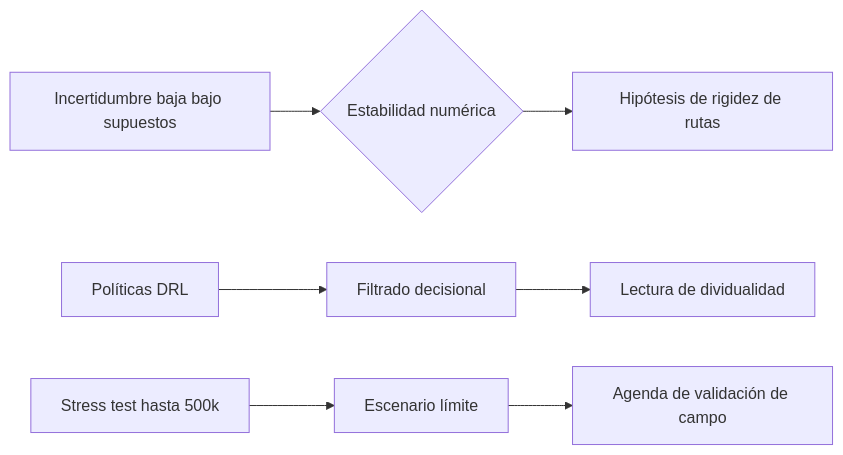
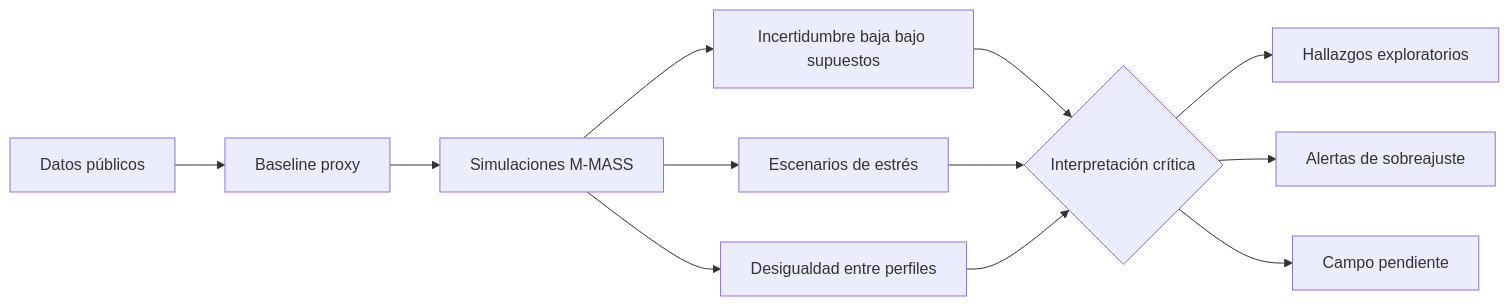
Before and after one commit to stevenvo780/FenomenologiaUrbana: the diagram in tesis/03-resultados-y-analisis-de-turbulencia.md, drawn with Mermaid. The commit also changed other lines of this file and 7 other files, not shown here.

````diff
--- a/tesis/03-resultados-y-analisis-de-turbulencia.md
+++ b/tesis/03-resultados-y-analisis-de-turbulencia.md
@@ -29,9 +127,14 @@
 ```mermaid
 graph LR
-    A[Incertidumbre baja bajo supuestos] --> B{Estabilidad numérica}
-    B --> C[Hipótesis de rigidez de rutas]
-    D[Políticas DRL] --> E[Filtrado decisional]
-    E --> F[Lectura de dividualidad]
-    G[Stress test hasta 500k] --> H[Escenario límite]
-    H --> I[Agenda de validación de campo]
+    A[Datos públicos] --> B[Baseline proxy]
+    B --> C[Simulaciones M-MASS]
+    C --> D[Incertidumbre baja bajo supuestos]
+    C --> E[Escenarios de estrés]
+    C --> F[Desigualdad entre perfiles]
+    D --> G{Interpretación crítica}
+    E --> G
+    F --> G
+    G --> H[Hallazgos exploratorios]
+    G --> I[Alertas de sobreajuste]
+    G --> J[Campo pendiente]
 ```
````
